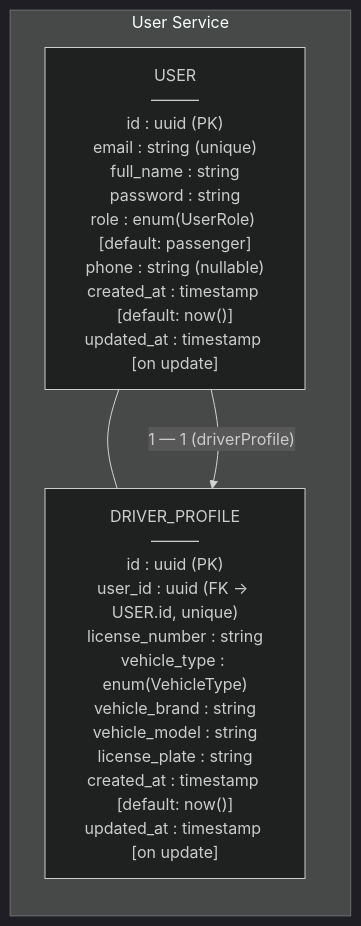
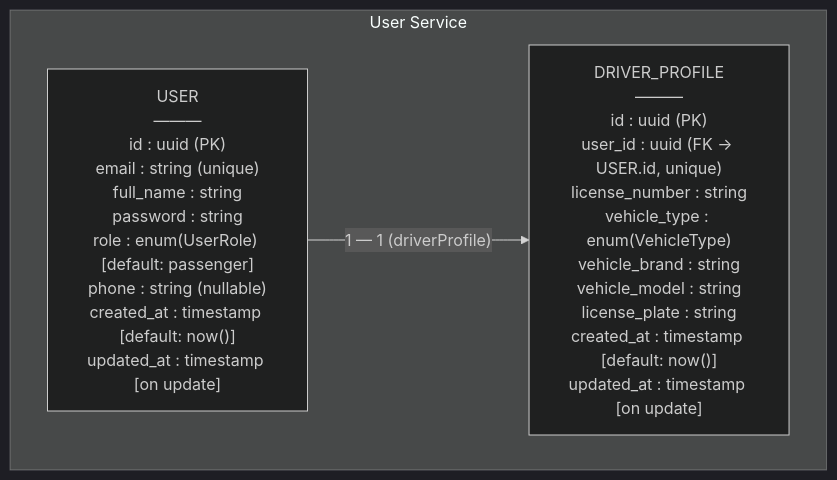
The third of 4 diagrams in ARCHITECTURE.md (LeVanHuy84/microservice-server), drawn with Mermaid (dark theme) before and after one commit.

````diff
--- a/ARCHITECTURE.md
+++ b/ARCHITECTURE.md
@@ -137,16 +137,16 @@
 ``` mermaid
 flowchart LR
     %% ===== USER SERVICE =====
     subgraph UserService["User Service"]
-        class UserService userService
+    direction LR
+    class UserService userService
 
         USER["USER<br>———<br>id : uuid (PK)<br>email : string (unique)<br>full_name : string<br>password : string<br>role : enum(UserRole) [default: passenger]<br>phone : string (nullable)<br>created_at : timestamp [default: now()]<br>updated_at : timestamp [on update]"]
 
         DRIVER_PROFILE["DRIVER_PROFILE<br>———<br>id : uuid (PK)<br>user_id : uuid (FK → USER.id, unique)<br>license_number : string<br>vehicle_type : enum(VehicleType)<br>vehicle_brand : string<br>vehicle_model : string<br>license_plate : string<br>created_at : timestamp [default: now()]<br>updated_at : timestamp [on update]"]
 
-        USER --- DRIVER_PROFILE
         %% Relationship
         USER -->|"1 — 1 (driverProfile)"| DRIVER_PROFILE
     end
 
 ```
````
